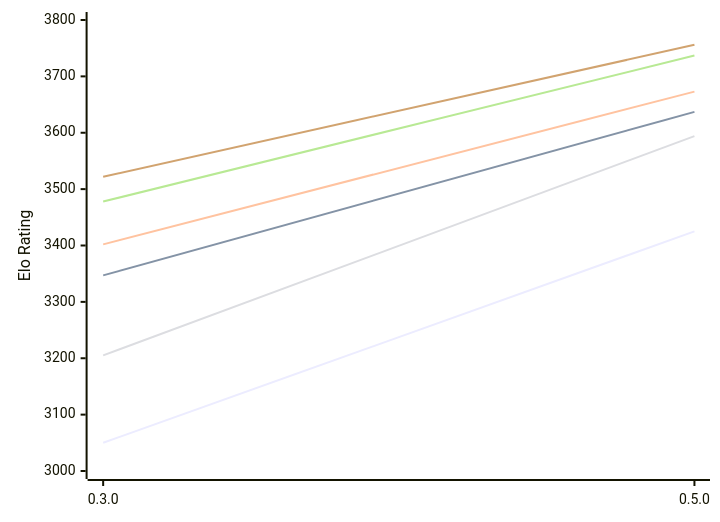
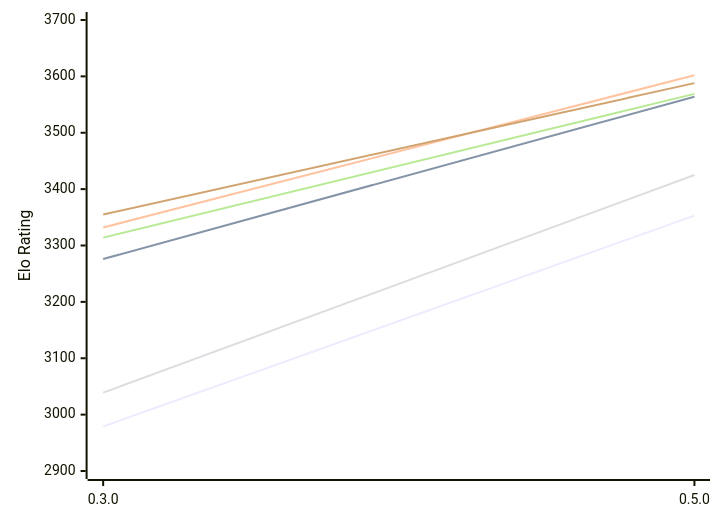
One commit to computer-chess-index/cci changed the first of 2 diagrams in engines/Justbot.md. Above: the diagram before and after it, drawn with Mermaid. The commit also changed other lines of this file, not shown here.

Commit message:
Update CCI Ratings (ELO VLTC) - 2026-11-13

````diff
--- a/engines/Justbot.md
+++ b/engines/Justbot.md
@@ -53,12 +53,12 @@
 ```mermaid
 %%{init: {"theme":"base","themeVariables":{"seriesColors:['#a3a3a3','#222221','#faa371']}}}%%
 xychart-beta
   x-axis ["0.3.0", "0.5.0"]
-  y-axis "Elo Rating" 3000 --> 3800
-  line "E1: STC (8.0+0.08s)" [3050, 3425]
-  line "E1: LTC (60.0+0.60s)" [3347, 3637]
-  line "E1: VLTC (2m24s+1.12s)" [3402, 3673]
-  line "P1: STC (8.0+0.08s)" [3205, 3594]
-  line "P1: LTC (60.0+0.60s)" [3478, 3737]
-  line "P1: VLTC (2m24s+1.12s)" [3522, 3756]
+  y-axis "Elo Rating" 2900 --> 3700
+  line "E1: STC (8.0+0.08s)" [2979, 3353]
+  line "E1: LTC (60.0+0.60s)" [3276, 3564]
+  line "E1: VLTC (2m24s+1.12s)" [3332, 3602]
+  line "P1: STC (8.0+0.08s)" [3039, 3425]
+  line "P1: LTC (60.0+0.60s)" [3314, 3569]
+  line "P1: VLTC (2m24s+1.12s)" [3355, 3588]
 ```
````
